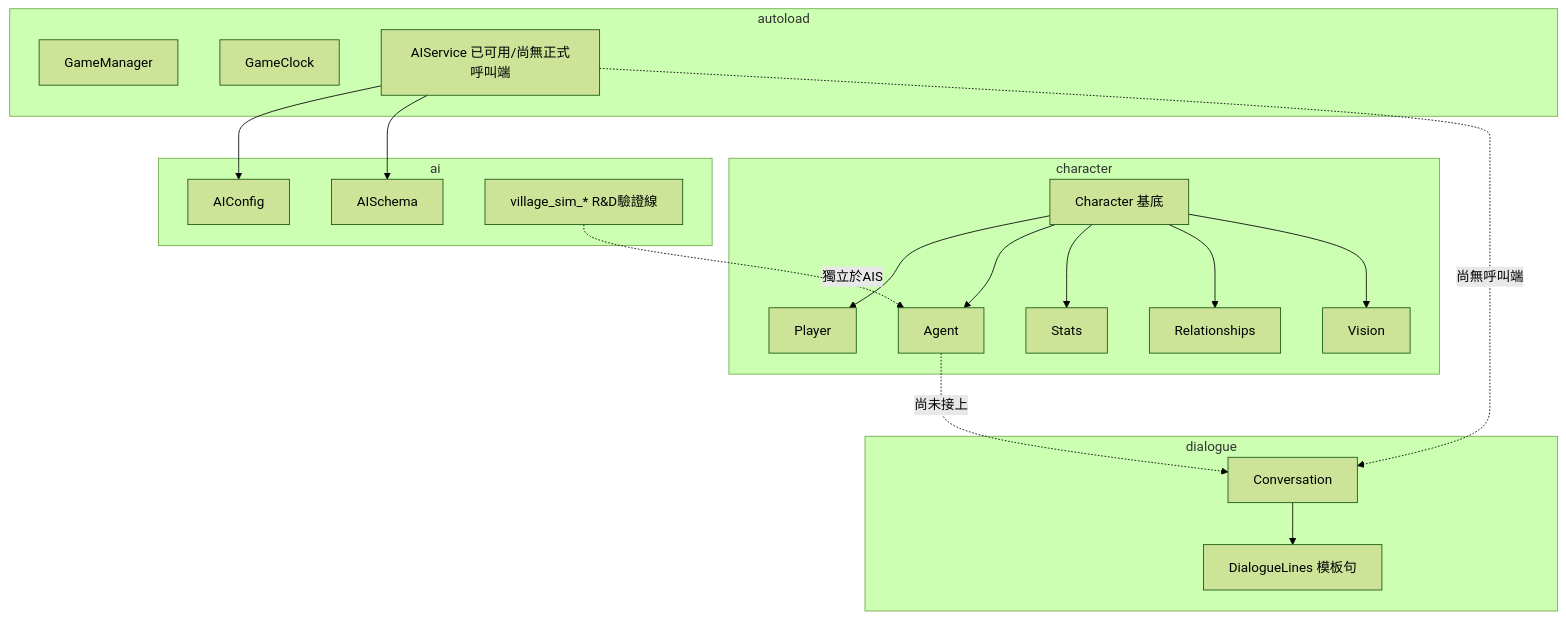
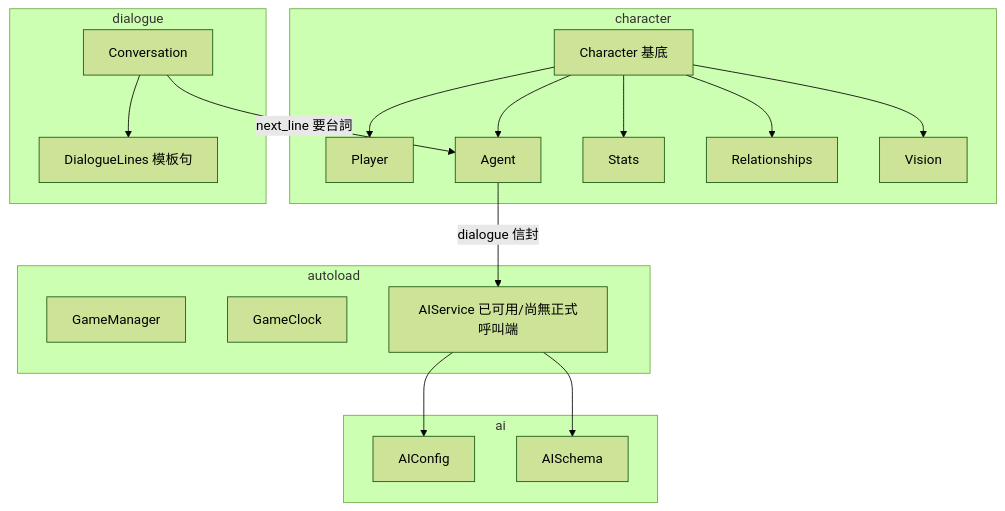
One commit to adez360/Ailley changed the fifth of 7 diagrams in note/規格書/13_系統分析與系統設計.md. Above: the diagram before and after it, drawn with Mermaid (forest theme). The commit also changed other lines of this file and 18 other files, not shown here.

First line of the commit message:
chore: remove the poc_village_sim integration from the Godot client (#96)

````diff
--- a/note/規格書/13_系統分析與系統設計.md
+++ b/note/規格書/13_系統分析與系統設計.md
@@ -242,25 +242,24 @@
 ```mermaid
 graph TB
     subgraph autoload
         GM[GameManager]
         GC[GameClock]
         AIS[AIService 已可用/尚無正式呼叫端]
     end
     subgraph character
         Char[Character 基底] --> Player
         Char --> Agent
         Char --> Stats
         Char --> Relationships
         Char --> Vision
     end
     subgraph dialogue
         Conv[Conversation] --> DL[DialogueLines 模板句]
     end
     subgraph ai
         AIS --> AIConfig
         AIS --> AISchema
-        VS[village_sim_* R&D驗證線] -.獨立於AIS.-> Agent
     end
-    Agent -.尚未接上.-> Conv
-    AIS -.尚無呼叫端.-> Conv
+    Conv -->|next_line 要台詞| Agent
+    Agent -->|dialogue 信封| AIS
 ```
````
